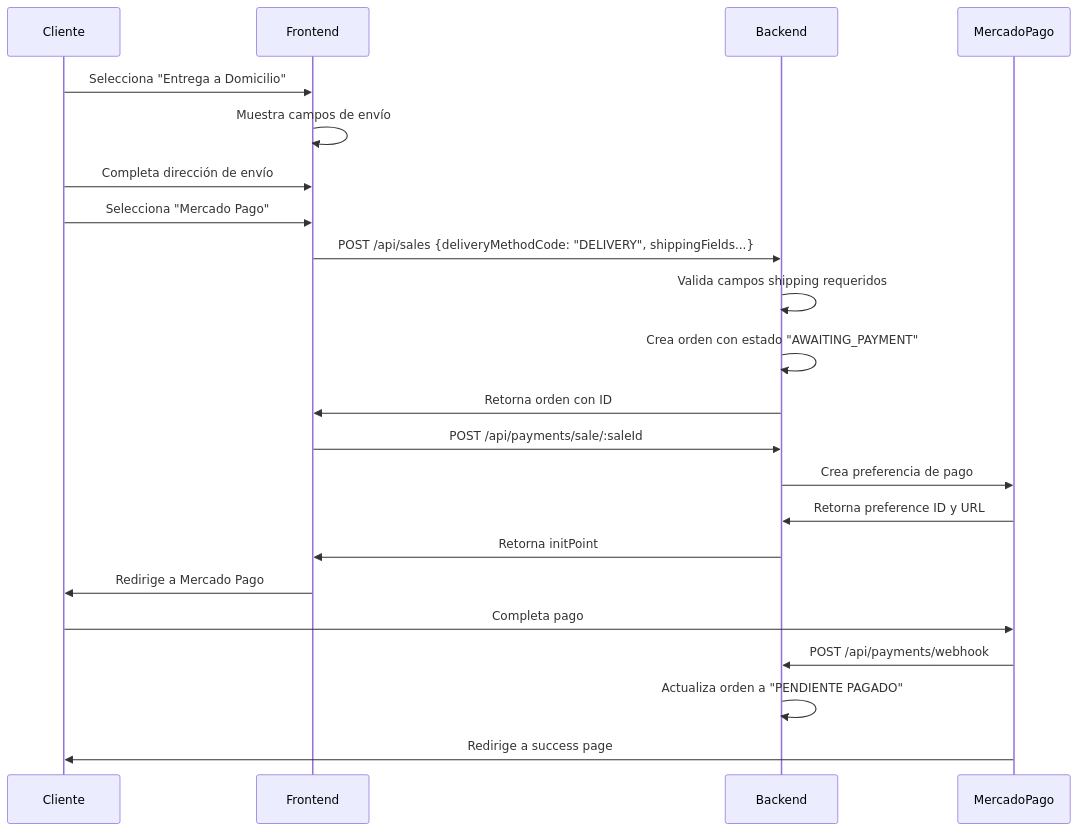
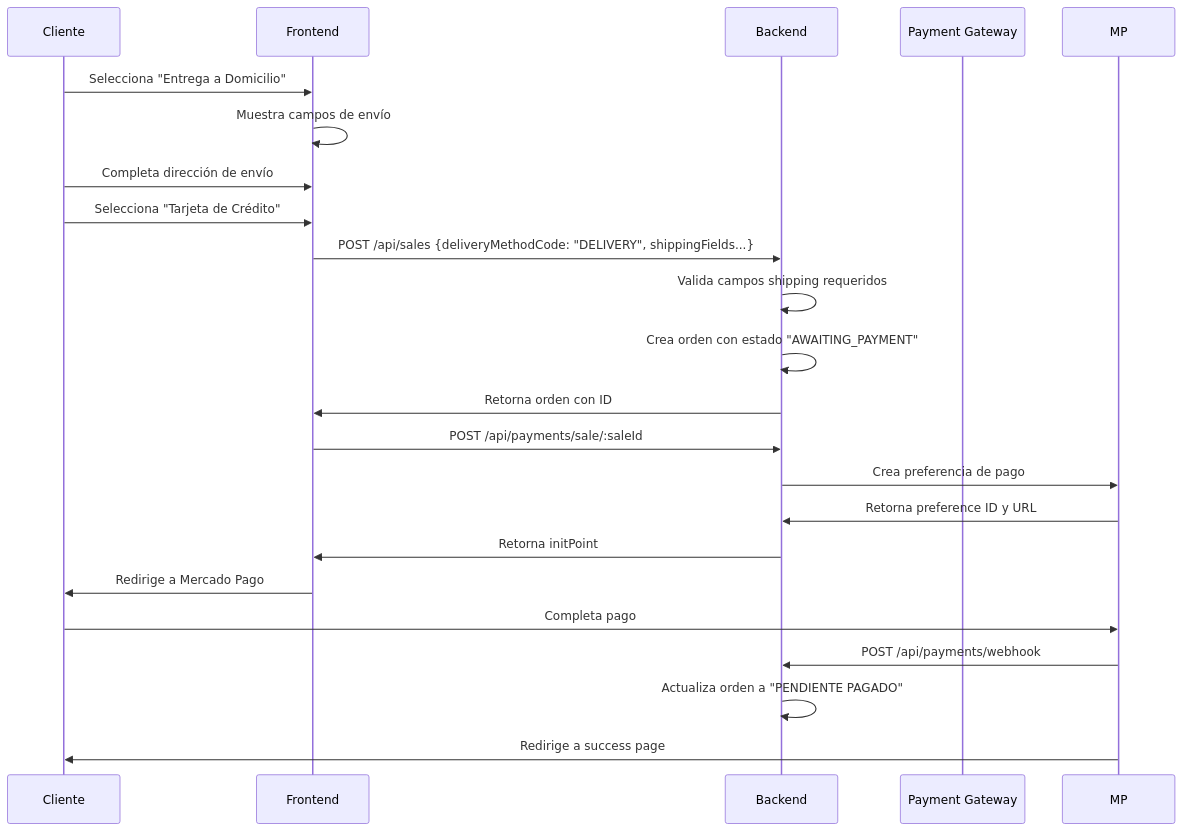
The second of 3 diagrams in docs_backend/payment-methods-manual.md (Ivetta-Luis-Alberto-114588/front-startup), drawn with Mermaid before and after one commit. The commit also changed other lines of this file and 6 other files, not shown here.

````diff
--- a/docs_backend/payment-methods-manual.md
+++ b/docs_backend/payment-methods-manual.md
@@ -321,27 +330,27 @@
 ```mermaid
 sequenceDiagram
     participant C as Cliente
     participant F as Frontend
     participant B as Backend
-    participant MP as MercadoPago
+    participant PG as Payment Gateway
     
     C->>F: Selecciona "Entrega a Domicilio"
     F->>F: Muestra campos de envío
     C->>F: Completa dirección de envío
-    C->>F: Selecciona "Mercado Pago"
+    C->>F: Selecciona "Tarjeta de Crédito"
     F->>B: POST /api/sales {deliveryMethodCode: "DELIVERY", shippingFields...}
     B->>B: Valida campos shipping requeridos
     B->>B: Crea orden con estado "AWAITING_PAYMENT"
     B->>F: Retorna orden con ID
     
     F->>B: POST /api/payments/sale/:saleId
     B->>MP: Crea preferencia de pago
     MP->>B: Retorna preference ID y URL
     B->>F: Retorna initPoint
     F->>C: Redirige a Mercado Pago
     
     C->>MP: Completa pago
     MP->>B: POST /api/payments/webhook
     B->>B: Actualiza orden a "PENDIENTE PAGADO"
     MP->>C: Redirige a success page
 ```
````
